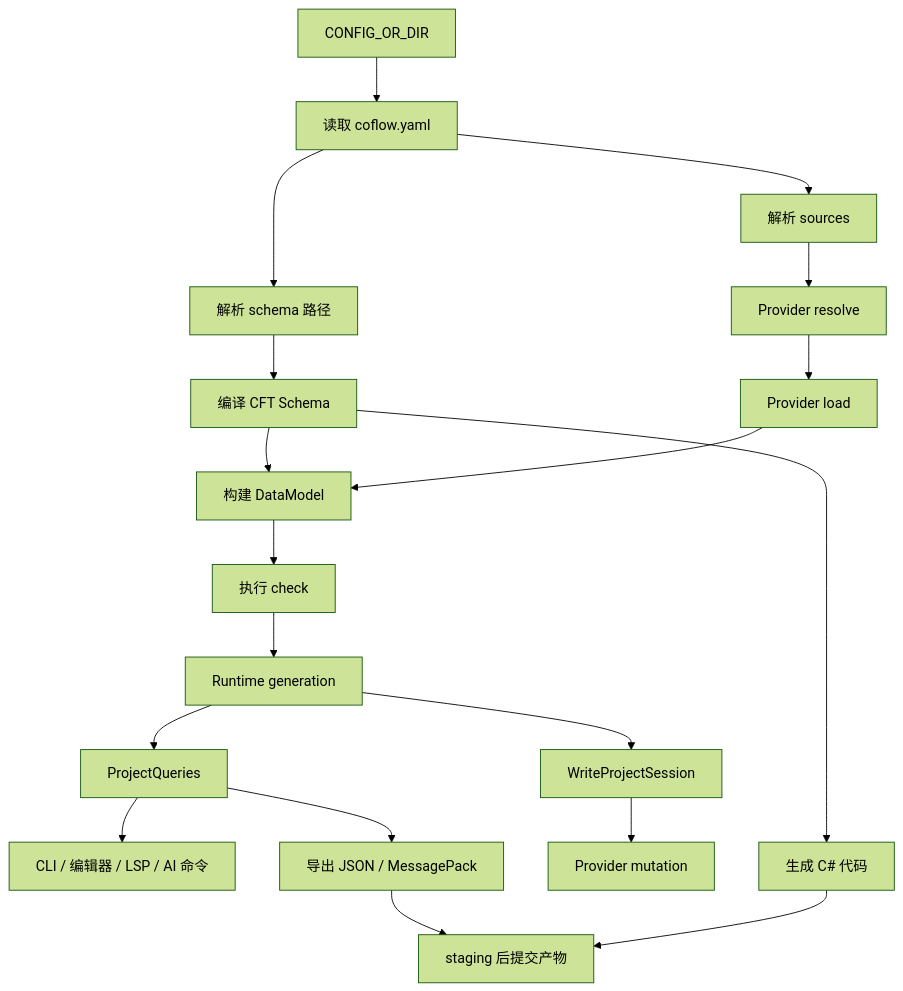
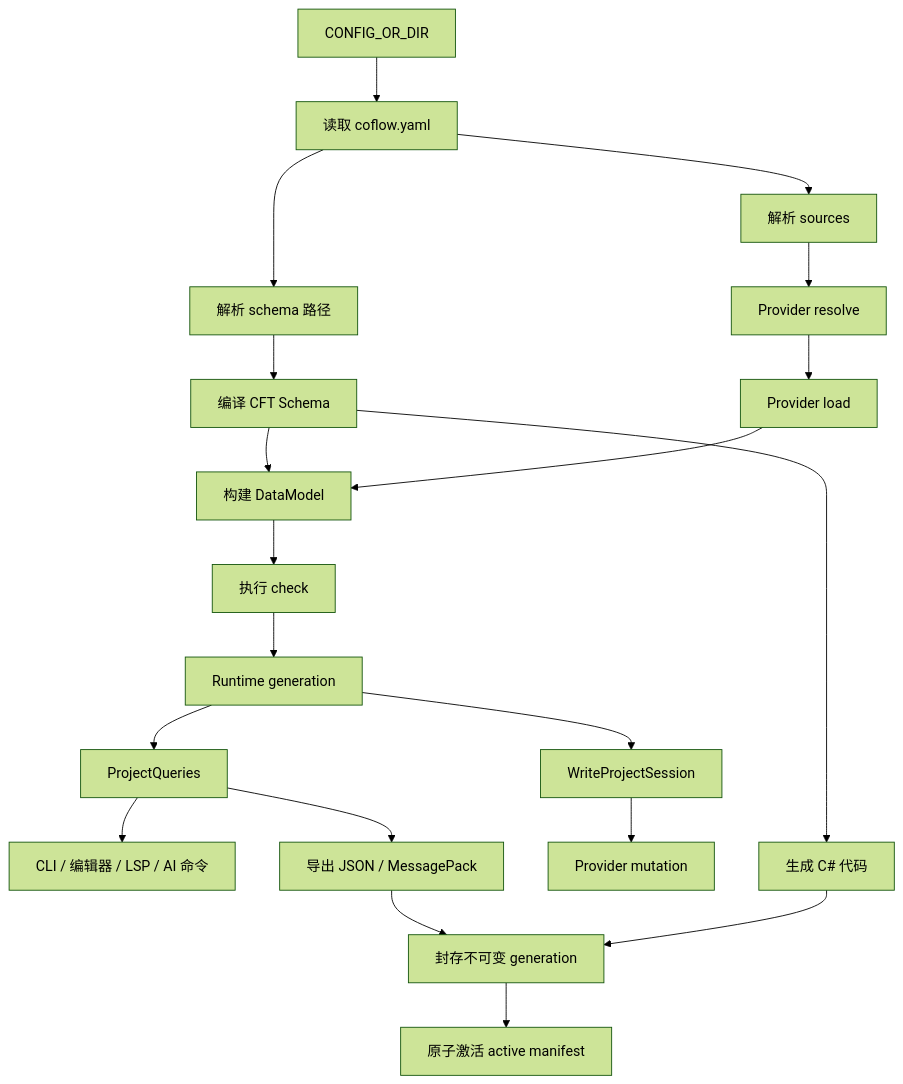
The diagram in website/docs/docs/reference/02-project-pipeline.md (Puring103/coflow), drawn with Mermaid (forest theme) before and after one commit. The commit also changed other lines of this file and 25 other files, not shown here.

````diff
--- a/website/docs/docs/reference/02-project-pipeline.md
+++ b/website/docs/docs/reference/02-project-pipeline.md
@@ -5,21 +5,22 @@
 ```mermaid
 flowchart TD
   input["CONFIG_OR_DIR"] --> config["读取 coflow.yaml"]
   config --> schemaPaths["解析 schema 路径"]
   schemaPaths --> compile["编译 CFT Schema"]
   config --> sourceConfig["解析 sources"]
   sourceConfig --> resolve["Provider resolve"]
   resolve --> load["Provider load"]
   compile --> model["构建 DataModel"]
   load --> model
   model --> check["执行 check"]
   check --> generation["Runtime generation"]
   generation --> queries["ProjectQueries"]
   generation --> write["WriteProjectSession"]
   queries --> cli["CLI / 编辑器 / LSP / AI 命令"]
   queries --> export["导出 JSON / MessagePack"]
   write --> mutation["Provider mutation"]
   compile --> codegen["生成 C# 代码"]
-  export --> artifacts["staging 后提交产物"]
+  export --> artifacts["封存不可变 generation"]
   codegen --> artifacts
+  artifacts --> manifest["原子激活 active manifest"]
 ```
````
